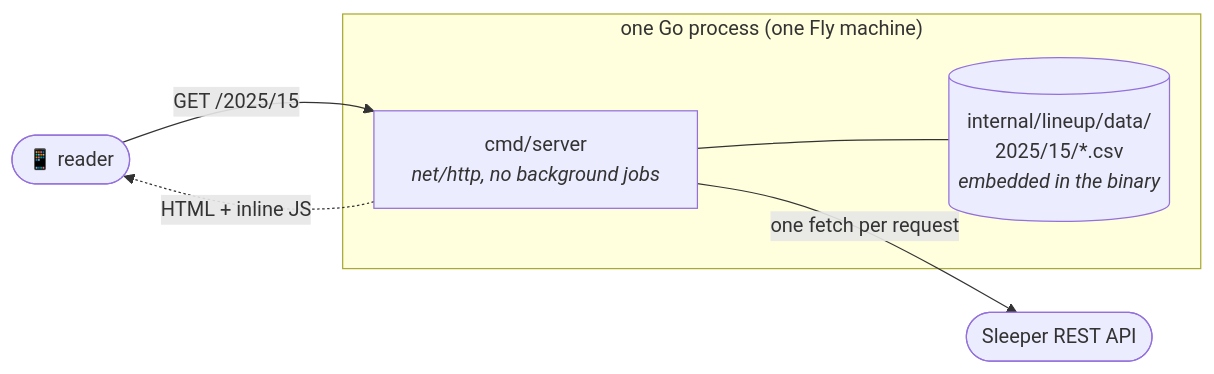
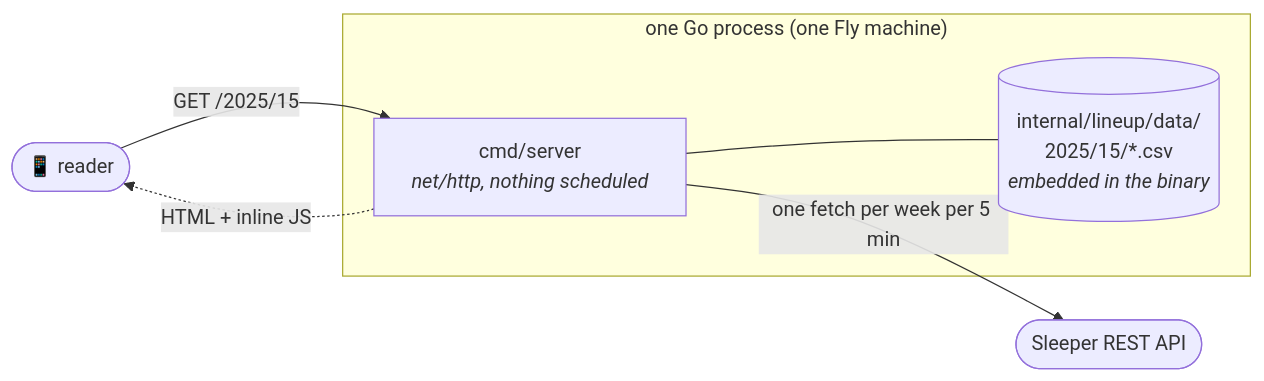
The first of 9 diagrams in docs/architecture.md (eshifrin-606/bojjaes), drawn with Mermaid before and after one commit. The commit also changed other lines of this file and 18 other files, not shown here.

````diff
--- a/docs/architecture.md
+++ b/docs/architecture.md
@@ -10,11 +10,11 @@
 ```mermaid
 graph LR
     reader(["📱 reader"]) -->|"GET /2025/15"| server
     subgraph box["one Go process (one Fly machine)"]
-        server["cmd/server<br/><i>net/http, no background jobs</i>"]
+        server["cmd/server<br/><i>net/http, nothing scheduled</i>"]
         tree[("internal/lineup/data/<br/>2025/15/*.csv<br/><i>embedded in the binary</i>")]
         server --- tree
     end
-    server -->|"one fetch per request"| sleeper(["Sleeper REST API"])
+    server -->|"one fetch per week per 5 min"| sleeper(["Sleeper REST API"])
     server -.->|"HTML + inline JS"| reader
 ```
````
